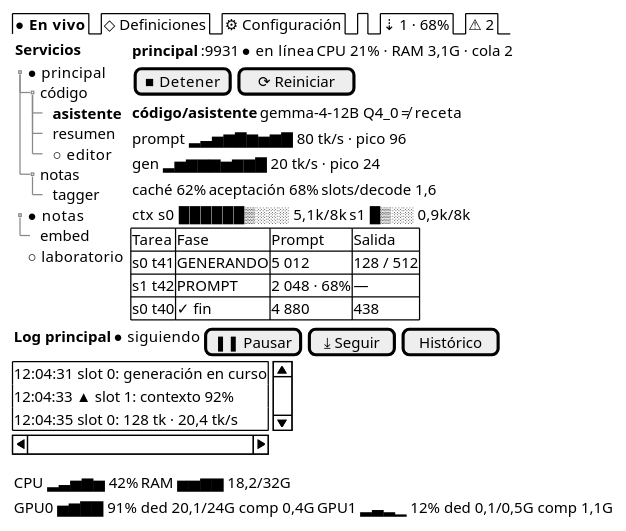
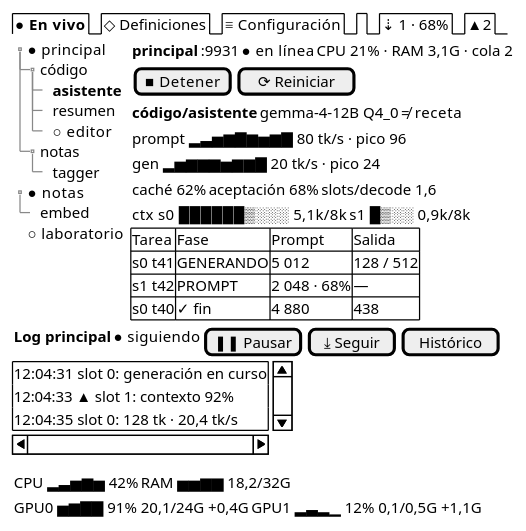
The diagram in docs/propuestas/tui-rediseno/A-en-vivo.salt.puml (mstranich/coquena), drawn with PlantUML before and after one commit. The commit also changed 44 other files, not shown here.

```diff
--- a/docs/propuestas/tui-rediseno/A-en-vivo.salt.puml
+++ b/docs/propuestas/tui-rediseno/A-en-vivo.salt.puml
@@ -1,44 +1,43 @@
 @startsalt
 {
-  {/ <b>● En vivo | ◇ Definiciones | ⚙ Configuración | . | ⇣ 1 · 68% | ⚠ 2 }
+  {/ <b>● En vivo | ◇ Definiciones | ≡ Configuración | . | ⇣ 1 · 68% | ▲ 2 }
   {
     {
-      <b>Servicios
       {T
         + ● principal
         ++ código
         +++ <b>asistente
         +++ resumen
         +++ ○ editor
         ++ notas
         +++ tagger
         + ● notas
         ++ embed
         + ○ laboratorio
       }
     } | {
       { <b>principal | :9931 | ● en línea | CPU 21% · RAM 3,1G · cola 2 }
       { [■ Detener] | [⟳ Reiniciar] }
       { <b>código/asistente | gemma-4-12B Q4_0 | ≠ receta }
       { prompt ▂▃▅▆▇▆▅▆▇ 80 tk/s · pico 96 }
       { gen ▂▅▆▆▆▅▆▆▇ 20 tk/s · pico 24 }
       { caché 62% | aceptación 68% | slots/decode 1,6 }
       { ctx s0 ██████▒░░░ 5,1k/8k | s1 █▒░░ 0,9k/8k }
       {#
         Tarea | Fase | Prompt | Salida
         s0 t41 | GENERANDO | 5 012 | 128 / 512
         s1 t42 | PROMPT | 2 048 · 68% | —
         s0 t40 | ✓ fin | 4 880 | 438
       }
     }
   }
   { <b>Log principal | ● siguiendo | [❚❚ Pausar] | [⤓ Seguir] | [Histórico] }
   {S
     12:04:31 slot 0: generación en curso
     12:04:33 ▲ slot 1: contexto 92%
     12:04:35 slot 0: 128 tk · 20,4 tk/s
   }
   { CPU ▂▃▅▆▅ 42% | RAM ▅▅▆▆ 18,2/32G }
-  { GPU0 ▅▆▇▇ 91% ded 20,1/24G comp 0,4G | GPU1 ▂▃▂▁ 12% ded 0,1/0,5G comp 1,1G }
+  { GPU0 ▅▆▇▇ 91% 20,1/24G +0,4G | GPU1 ▂▃▂▁ 12% 0,1/0,5G +1,1G }
 }
 @endsalt
```
